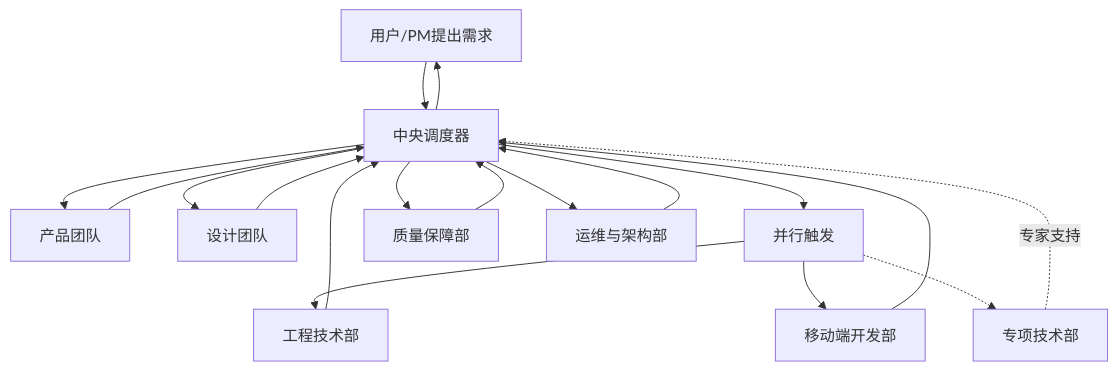
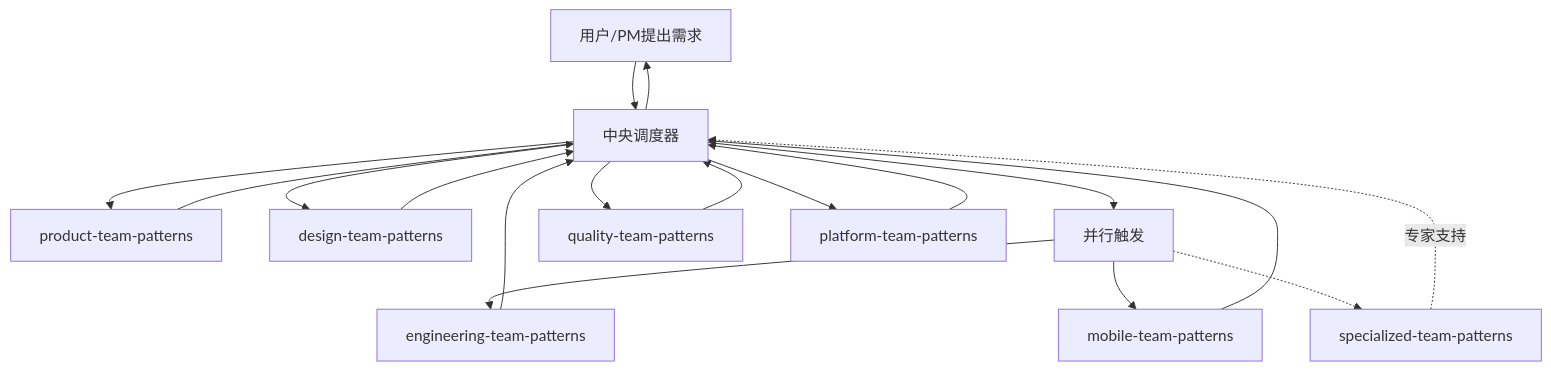
One commit to Tooooommy/Trae-Workflow changed the first of 2 diagrams in agents/orchestrator.md. Above: the diagram before and after it, drawn with Mermaid. The commit also changed other lines of this file and 7 other files, not shown here.

````diff
--- a/agents/orchestrator.md
+++ b/agents/orchestrator.md
@@ -25,28 +25,28 @@
 ```mermaid
 flowchart TD
     User[用户/PM提出需求] --> Orchestrator[中央调度器]
 
-    Orchestrator --> Product[产品团队]
+    Orchestrator --> Product[product-team-patterns]
     Product --> Orchestrator
 
-    Orchestrator --> Design[设计团队]
+    Orchestrator --> Design[design-team-patterns]
     Design --> Orchestrator
 
     Orchestrator --> Parallel[并行触发]
-    Parallel --> Dev[工程技术部]
-    Parallel --> Mobile[移动端开发部]
-    Parallel -.-> Expert[专项技术部]
+    Parallel --> Dev[engineering-team-patterns]
+    Parallel --> Mobile[mobile-team-patterns]
+    Parallel -.-> Expert[specialized-team-patterns]
 
     Dev --> Orchestrator
     Mobile --> Orchestrator
 
-    Orchestrator --> QA[质量保障部]
+    Orchestrator --> QA[quality-team-patterns]
     QA --> Orchestrator
 
-    Orchestrator --> Ops[运维与架构部]
+    Orchestrator --> Ops[platform-team-patterns]
     Ops --> Orchestrator
 
     Orchestrator --> User
 
     Expert -. 专家支持 .-> Orchestrator
 ```
````
